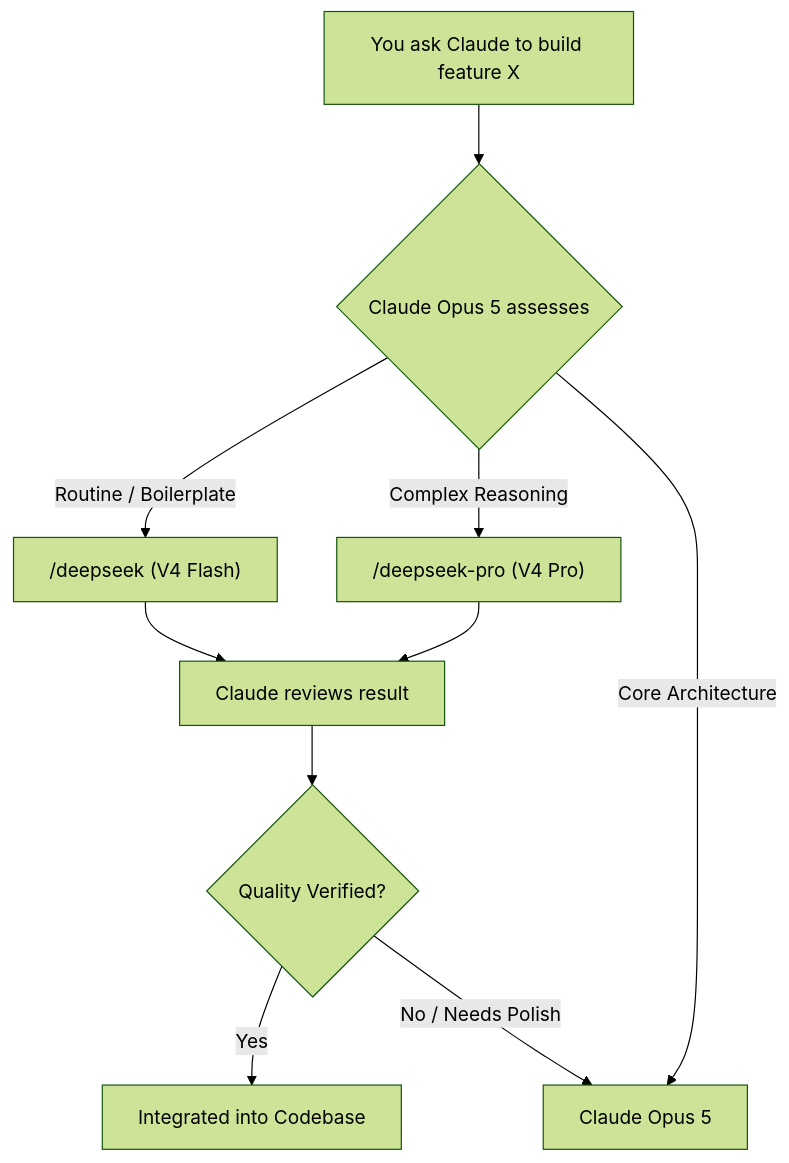
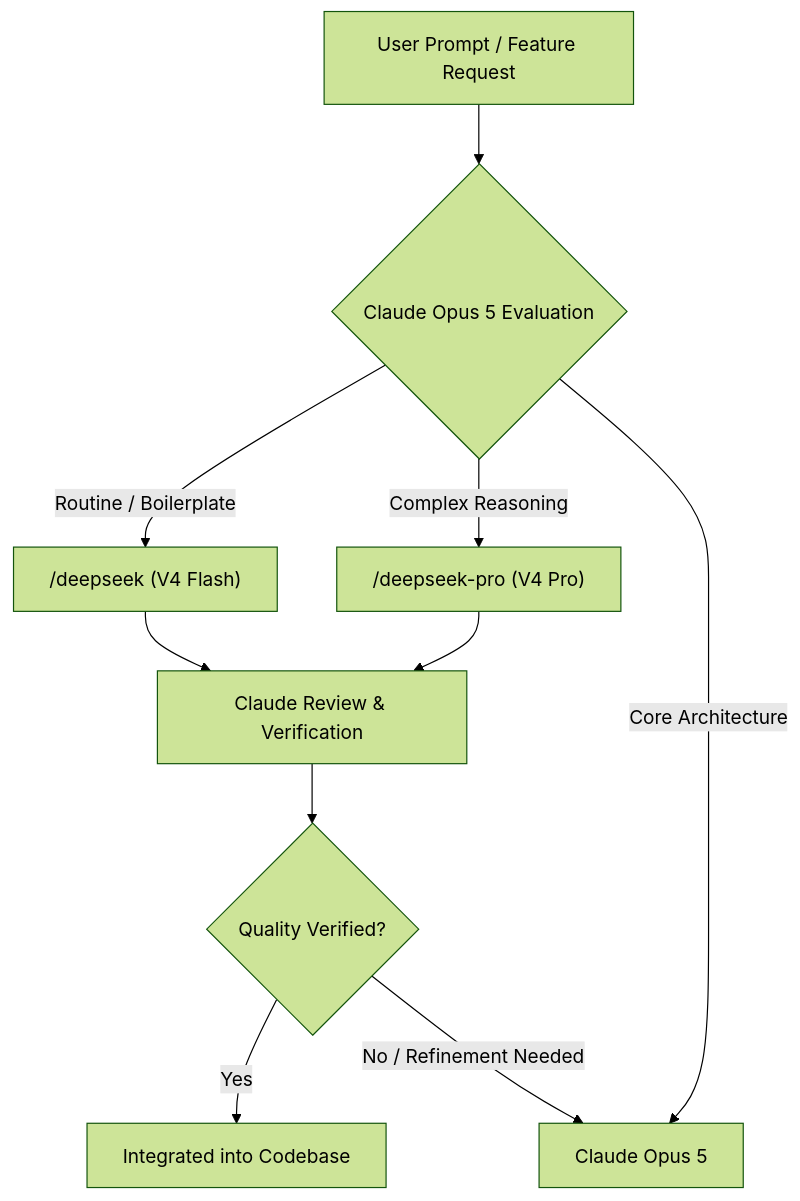
The diagram in README.md (joh3d/Claude-deepseek-bridge), drawn with Mermaid (forest theme) before and after one commit. The commit also changed other lines of this file and 10 other files, not shown here.

````diff
--- a/README.md
+++ b/README.md
@@ -36,12 +27,12 @@
 ```mermaid
 graph TD
-    A["You ask Claude to build feature X"] --> B{"Claude Opus 5 assesses"}
+    A["User Prompt / Feature Request"] --> B{"Claude Opus 5 Evaluation"}
     B -->|"Routine / Boilerplate"| C["/deepseek (V4 Flash)"]
     B -->|"Complex Reasoning"| D["/deepseek-pro (V4 Pro)"]
     B -->|"Core Architecture"| E["Claude Opus 5"]
-    C --> F["Claude reviews result"]
+    C --> F["Claude Review & Verification"]
     D --> F
     F --> G{"Quality Verified?"}
     G -->|"Yes"| H["Integrated into Codebase"]
-    G -->|"No / Needs Polish"| E
+    G -->|"No / Refinement Needed"| E
 ```
````
